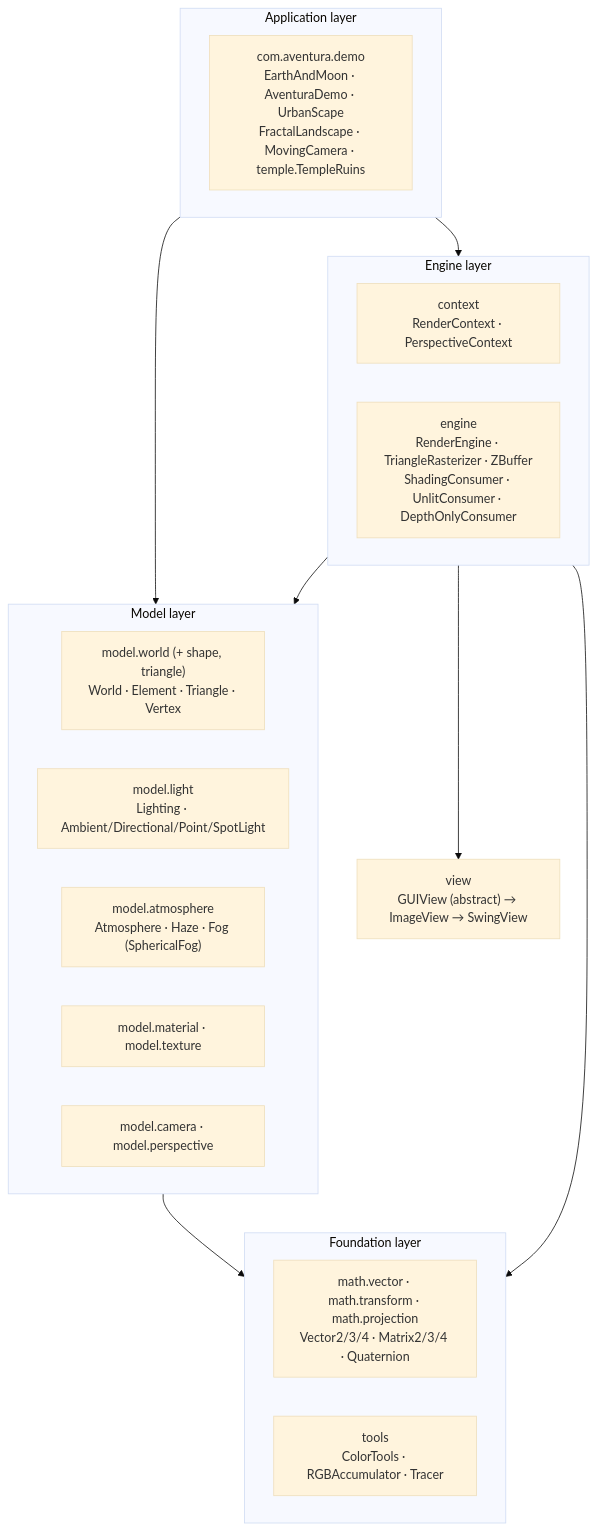
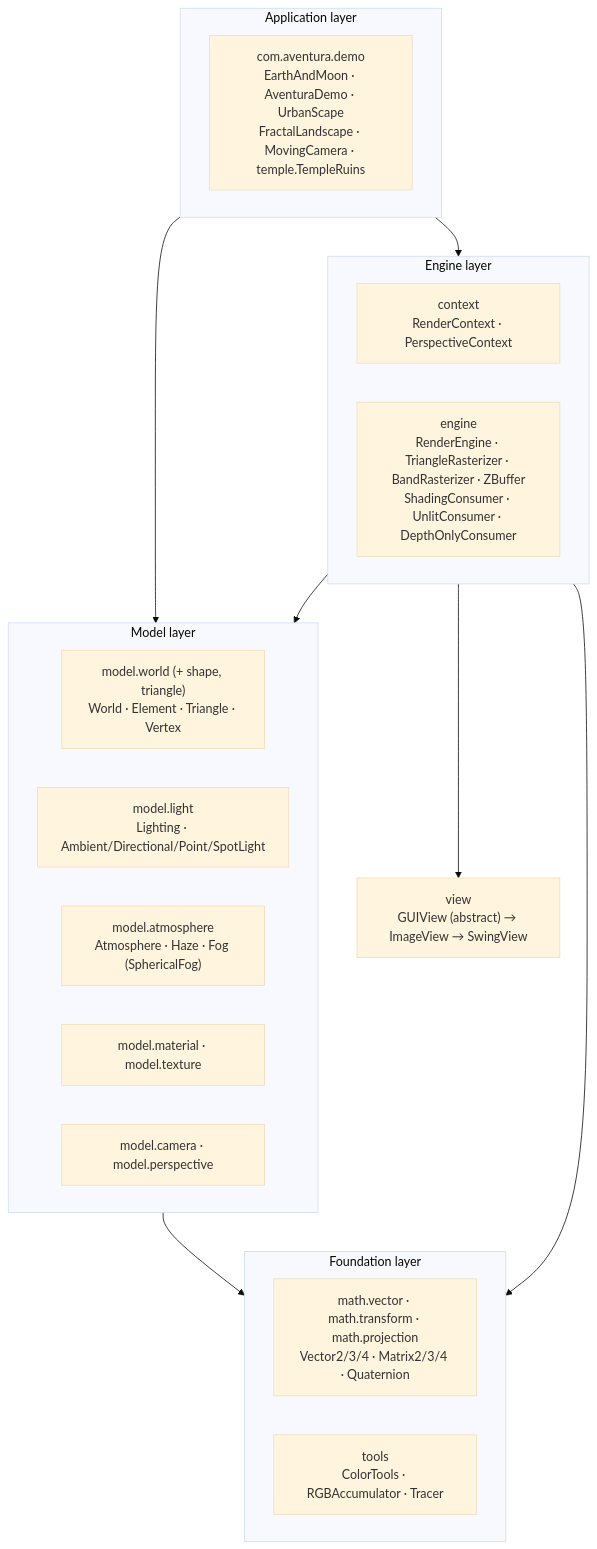
The second of 25 diagrams in docs/DESIGN.md (obarry/Aventura), drawn with Mermaid (base theme) before and after one commit. The commit also changed other lines of this file and 8 other files, not shown here.

````diff
--- a/docs/DESIGN.md
+++ b/docs/DESIGN.md
@@ -66,29 +67,29 @@
 ```mermaid
 flowchart TB
     subgraph APP["Application layer"]
         DEMO["com.aventura.demo<br/>EarthAndMoon · AventuraDemo · UrbanScape<br/>FractalLandscape · MovingCamera · temple.TempleRuins"]
     end
     subgraph ENGINE["Engine layer"]
         CTX["context<br/>RenderContext · PerspectiveContext"]
-        ENG["engine<br/>RenderEngine · TriangleRasterizer · ZBuffer<br/>ShadingConsumer · UnlitConsumer · DepthOnlyConsumer"]
+        ENG["engine<br/>RenderEngine · TriangleRasterizer · BandRasterizer · ZBuffer<br/>ShadingConsumer · UnlitConsumer · DepthOnlyConsumer"]
     end
     subgraph MODEL["Model layer"]
         WORLD["model.world (+ shape, triangle)<br/>World · Element · Triangle · Vertex"]
         LIGHT["model.light<br/>Lighting · Ambient/Directional/Point/SpotLight"]
         ATMO["model.atmosphere<br/>Atmosphere · Haze · Fog (SphericalFog)"]
         MAT["model.material · model.texture"]
         CAM["model.camera · model.perspective"]
     end
     subgraph FOUND["Foundation layer"]
         MATH["math.vector · math.transform · math.projection<br/>Vector2/3/4 · Matrix2/3/4 · Quaternion"]
         TOOLS["tools<br/>ColorTools · RGBAccumulator · Tracer"]
     end
     VIEW["view<br/>GUIView (abstract) → ImageView → SwingView"]
 
     APP --> ENGINE
     APP --> MODEL
     ENGINE --> MODEL
     ENGINE --> VIEW
     MODEL --> FOUND
     ENGINE --> FOUND
 ```
````
